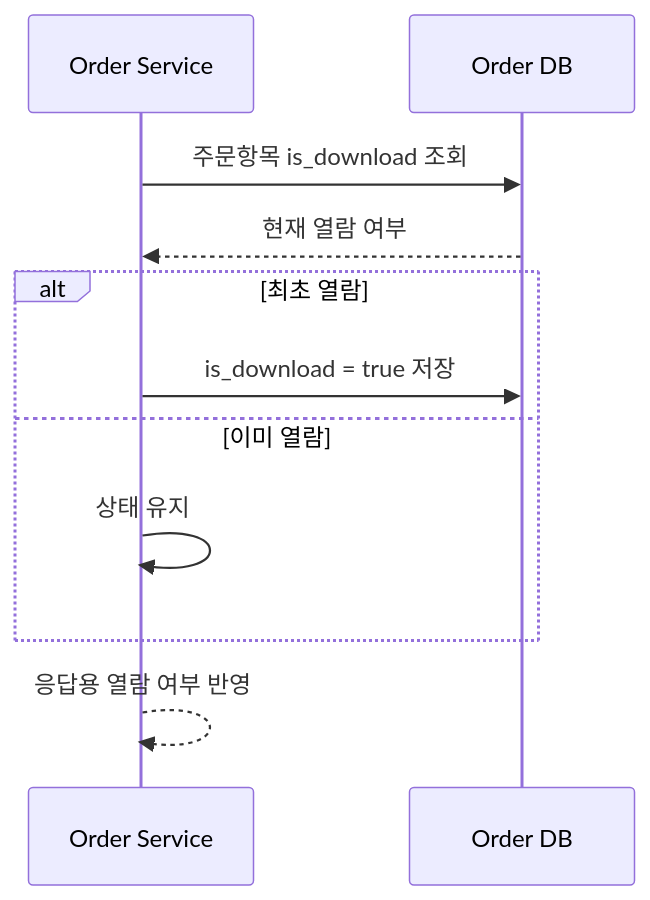
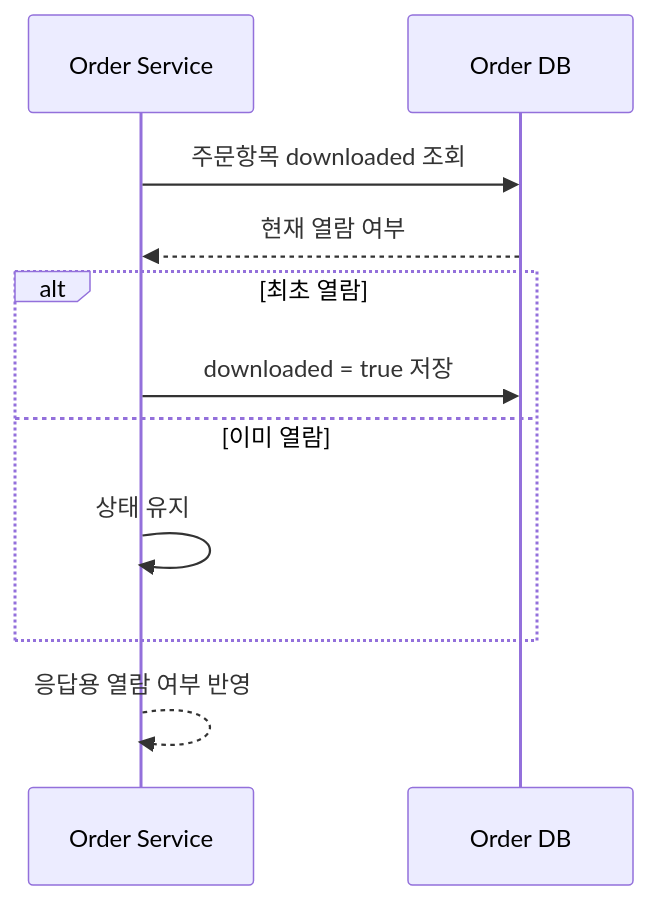
Diagram 16 of 22 in docs/architecture/order-usecase-detail.md (prgrms-be-adv-devcourse/beadv6_6_3JMT_BE), drawn with Mermaid before and after one commit. The commit also changed other lines of this file and 3 other files, not shown here.

First line of the commit message:
docs: ERD 및 아키텍처 문서의 다운로드 상태 변수명 통일

````diff
--- a/docs/architecture/order-usecase-detail.md
+++ b/docs/architecture/order-usecase-detail.md
@@ -643,14 +643,14 @@
 ```mermaid
 sequenceDiagram
     participant Order as Order Service
     participant DB as Order DB
 
-    Order->>DB: 주문항목 is_download 조회
+    Order->>DB: 주문항목 downloaded 조회
     DB-->>Order: 현재 열람 여부
     alt 최초 열람
-        Order->>DB: is_download = true 저장
+        Order->>DB: downloaded = true 저장
     else 이미 열람
         Order->>Order: 상태 유지
     end
     Order-->>Order: 응답용 열람 여부 반영
 ```
````
